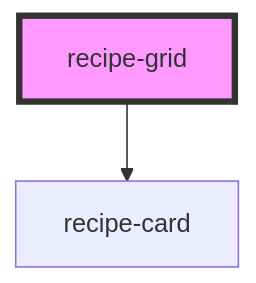
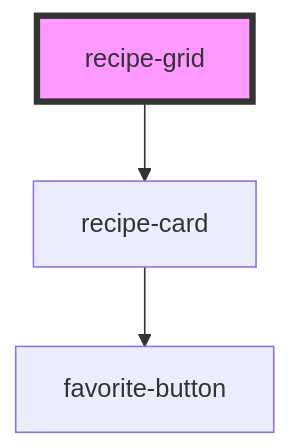
One commit to AryanLove123/SvelteMealMate changed the diagram in RecipeMealUI/src/components/recipe-grid/readme.md. Above: the diagram before and after it, drawn with Mermaid. The commit also changed 34 other files, not shown here.

````diff
--- a/RecipeMealUI/src/components/recipe-grid/readme.md
+++ b/RecipeMealUI/src/components/recipe-grid/readme.md
@@ -36,5 +36,6 @@
 ```mermaid
 graph TD;
   recipe-grid --> recipe-card
+  recipe-card --> favorite-button
   style recipe-grid fill:#f9f,stroke:#333,stroke-width:4px
 ```
````
